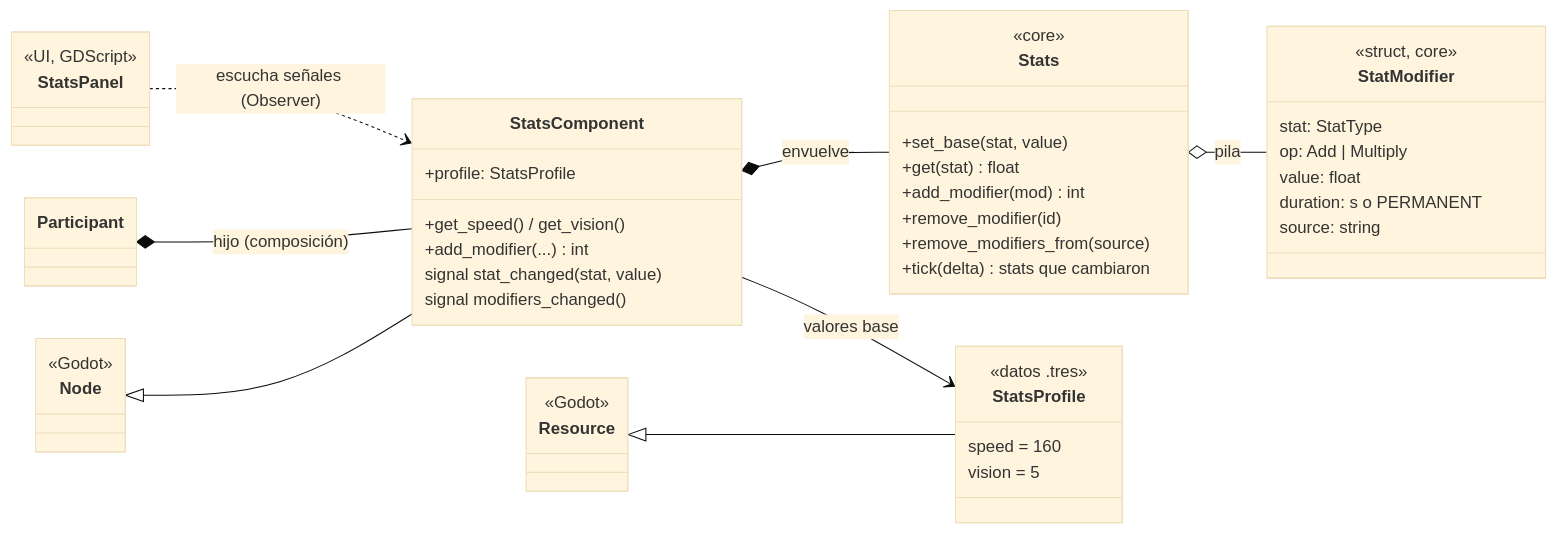
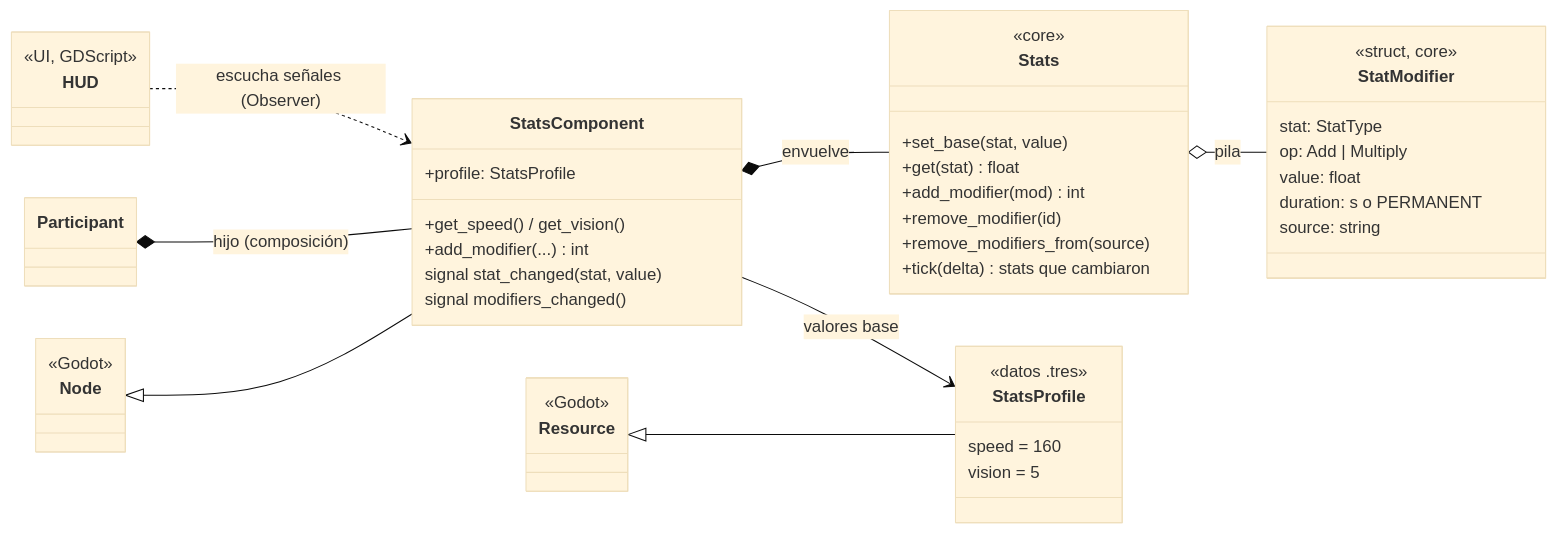
The third of 7 diagrams in docs/ARQUITECTURA.md (efrainsalzar/laberinto-vandalo), drawn with Mermaid (base theme) before and after one commit. The commit also changed other lines of this file and 26 other files, not shown here.

````diff
--- a/docs/ARQUITECTURA.md
+++ b/docs/ARQUITECTURA.md
@@ -214,46 +214,46 @@
 ```mermaid
 classDiagram
     direction LR
     class Node { <<Godot>> }
     class Resource { <<Godot>> }
     class Stats {
         <<core>>
         +set_base(stat, value)
         +get(stat) float
         +add_modifier(mod) int
         +remove_modifier(id)
         +remove_modifiers_from(source)
         +tick(delta) stats que cambiaron
     }
     class StatModifier {
         <<struct, core>>
         stat: StatType
         op: Add | Multiply
         value: float
         duration: s o PERMANENT
         source: string
     }
     class StatsComponent {
         +profile: StatsProfile
         +get_speed() / get_vision()
         +add_modifier(...) int
         signal stat_changed(stat, value)
         signal modifiers_changed()
     }
     class StatsProfile {
         <<datos .tres>>
         speed = 160
         vision = 5
     }
     class Participant
-    class StatsPanel {
+    class HUD {
         <<UI, GDScript>>
     }
     Node <|-- StatsComponent
     Resource <|-- StatsProfile
     StatsComponent *-- Stats : envuelve
     Stats o-- StatModifier : pila
     StatsComponent --> StatsProfile : valores base
     Participant *-- StatsComponent : hijo (composición)
-    StatsPanel ..> StatsComponent : escucha señales (Observer)
+    HUD ..> StatsComponent : escucha señales (Observer)
 ```
````
